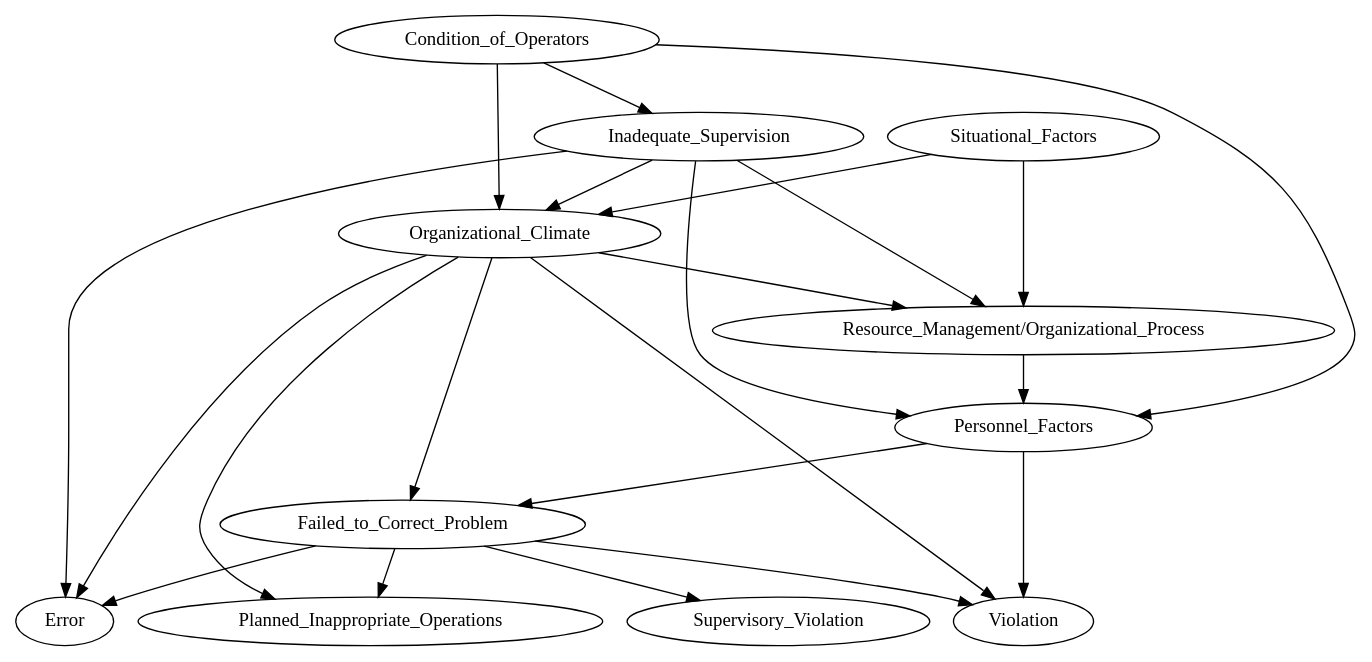
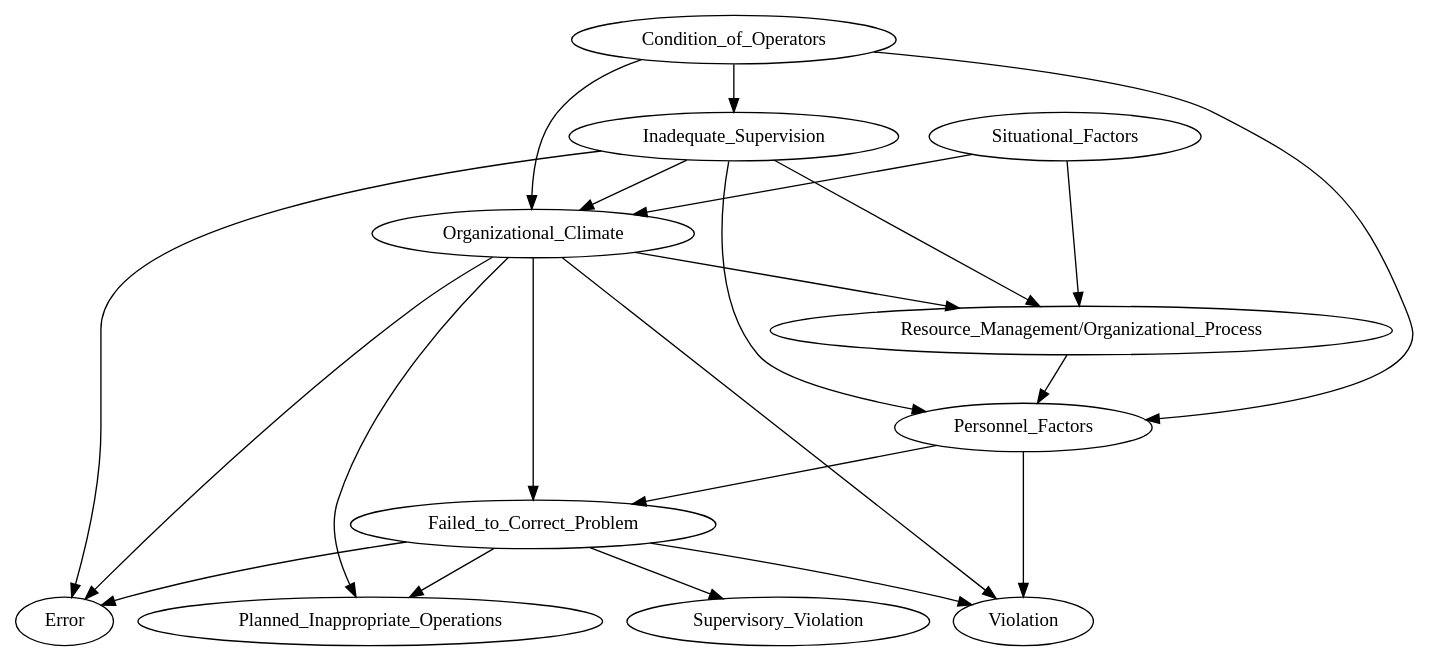
The diagram in data/processed/learned_dag.dot (elaheoveisi/llm-hfacs), drawn with Graphviz before and after one commit. The commit also changed 8 other files, not shown here.

```diff
--- a/data/processed/learned_dag.dot
+++ b/data/processed/learned_dag.dot
@@ -1,34 +1,34 @@
 strict digraph {
 Error;
 Violation;
 Situational_Factors;
 Personnel_Factors;
 Condition_of_Operators;
 Inadequate_Supervision;
 Failed_to_Correct_Problem;
 Planned_Inappropriate_Operations;
 Supervisory_Violation;
 Organizational_Climate;
 "Resource_Management/Organizational_Process";
-Situational_Factors -> Organizational_Climate [weight=1354];
-Situational_Factors -> "Resource_Management/Organizational_Process" [weight=1352];
-Personnel_Factors -> Violation [weight=694];
-Personnel_Factors -> Failed_to_Correct_Problem [weight=432];
-Condition_of_Operators -> Personnel_Factors [weight=654];
-Condition_of_Operators -> Inadequate_Supervision [weight=408];
-Condition_of_Operators -> Organizational_Climate [weight=1303];
-Inadequate_Supervision -> Error [weight=391];
-Inadequate_Supervision -> Personnel_Factors [weight=208];
-Inadequate_Supervision -> Organizational_Climate [weight=559];
-Inadequate_Supervision -> "Resource_Management/Organizational_Process" [weight=262];
-Failed_to_Correct_Problem -> Error [weight=225];
-Failed_to_Correct_Problem -> Planned_Inappropriate_Operations [weight=205];
-Failed_to_Correct_Problem -> Supervisory_Violation [weight=68];
-Failed_to_Correct_Problem -> Violation [weight=560];
-Organizational_Climate -> Error [weight=870];
-Organizational_Climate -> Violation [weight=1041];
-Organizational_Climate -> Failed_to_Correct_Problem [weight=579];
-Organizational_Climate -> Planned_Inappropriate_Operations [weight=368];
-Organizational_Climate -> "Resource_Management/Organizational_Process" [weight=873];
-"Resource_Management/Organizational_Process" -> Personnel_Factors [weight=803];
+Situational_Factors -> Organizational_Climate;
+Situational_Factors -> "Resource_Management/Organizational_Process";
+Personnel_Factors -> Violation;
+Personnel_Factors -> Failed_to_Correct_Problem;
+Condition_of_Operators -> Personnel_Factors;
+Condition_of_Operators -> Inadequate_Supervision;
+Condition_of_Operators -> Organizational_Climate;
+Inadequate_Supervision -> Error;
+Inadequate_Supervision -> Personnel_Factors;
+Inadequate_Supervision -> Organizational_Climate;
+Inadequate_Supervision -> "Resource_Management/Organizational_Process";
+Failed_to_Correct_Problem -> Error;
+Failed_to_Correct_Problem -> Planned_Inappropriate_Operations;
+Failed_to_Correct_Problem -> Supervisory_Violation;
+Failed_to_Correct_Problem -> Violation;
+Organizational_Climate -> Error;
+Organizational_Climate -> Violation;
+Organizational_Climate -> Failed_to_Correct_Problem;
+Organizational_Climate -> Planned_Inappropriate_Operations;
+Organizational_Climate -> "Resource_Management/Organizational_Process";
+"Resource_Management/Organizational_Process" -> Personnel_Factors;
 }
```
